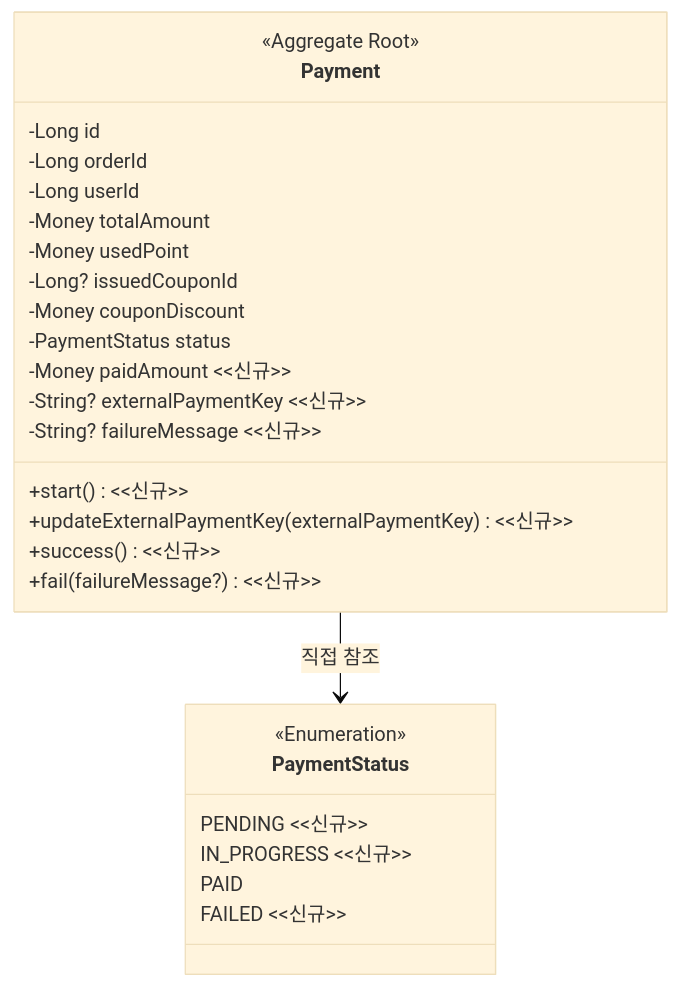
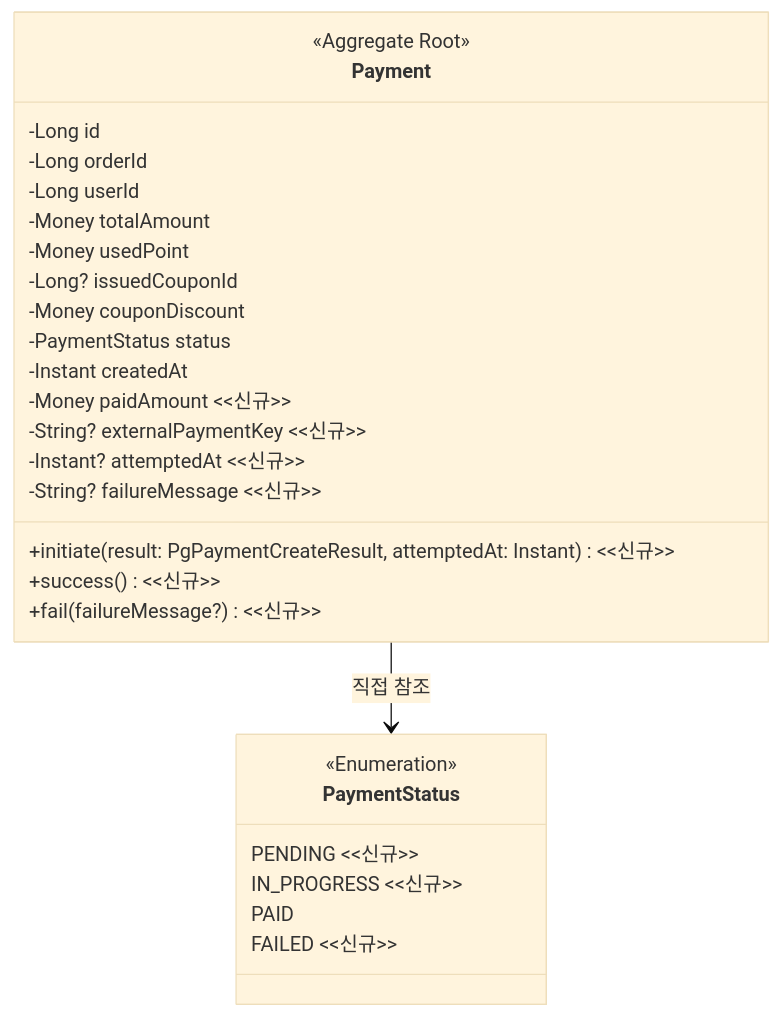
One commit to Loopers-dev-lab/loopers-spring-kotlin-template changed the second of 7 diagrams in docs/specs/도메인_모델링_문서_PG연동_Resilience.md. Above: the diagram before and after it, drawn with Mermaid (base theme). The commit also changed other lines of this file and 2 other files, not shown here.

````diff
--- a/docs/specs/도메인_모델링_문서_PG연동_Resilience.md
+++ b/docs/specs/도메인_모델링_문서_PG연동_Resilience.md
@@ -24,31 +132,32 @@
 ```mermaid
 classDiagram
     class Payment {
         <<Aggregate Root>>
         -Long id
         -Long orderId
         -Long userId
         -Money totalAmount
         -Money usedPoint
         -Long? issuedCouponId
         -Money couponDiscount
         -PaymentStatus status
+        -Instant createdAt
         -Money paidAmount <<신규>>
         -String? externalPaymentKey <<신규>>
+        -Instant? attemptedAt <<신규>>
         -String? failureMessage <<신규>>
-        +start() <<신규>>
-        +updateExternalPaymentKey(externalPaymentKey) <<신규>>
+        +initiate(result: PgPaymentCreateResult, attemptedAt: Instant) <<신규>>
         +success() <<신규>>
         +fail(failureMessage?) <<신규>>
     }
 
     class PaymentStatus {
         <<Enumeration>>
         PENDING <<신규>>
         IN_PROGRESS <<신규>>
         PAID
         FAILED <<신규>>
     }
 
     Payment --> PaymentStatus : 직접 참조
 ```
````
